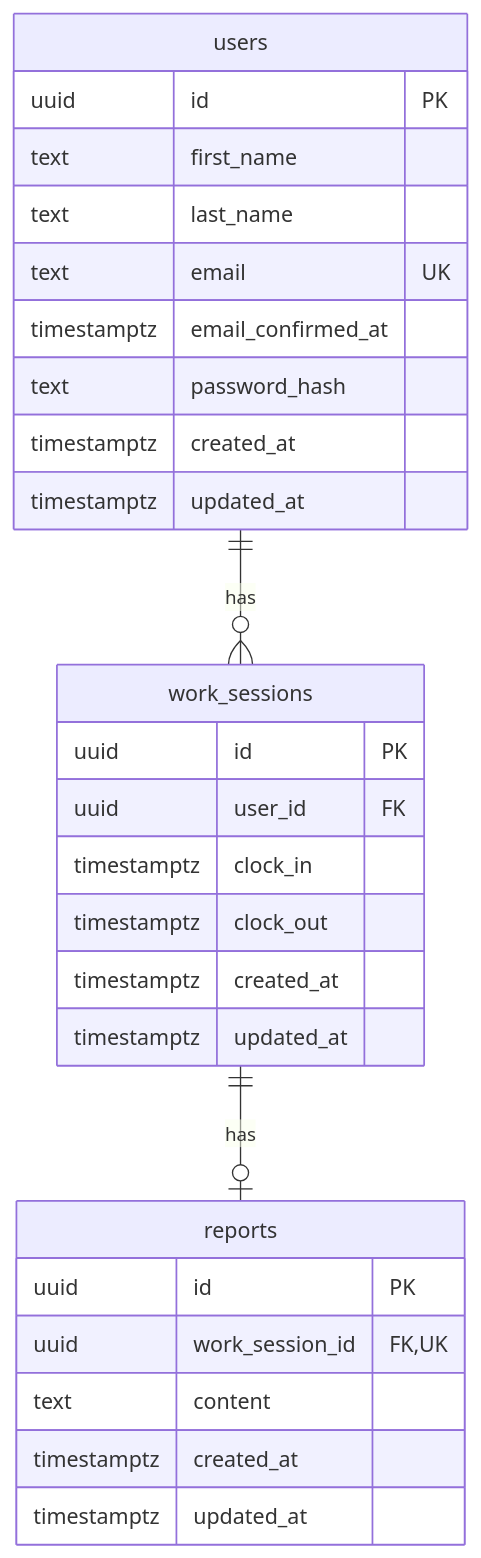
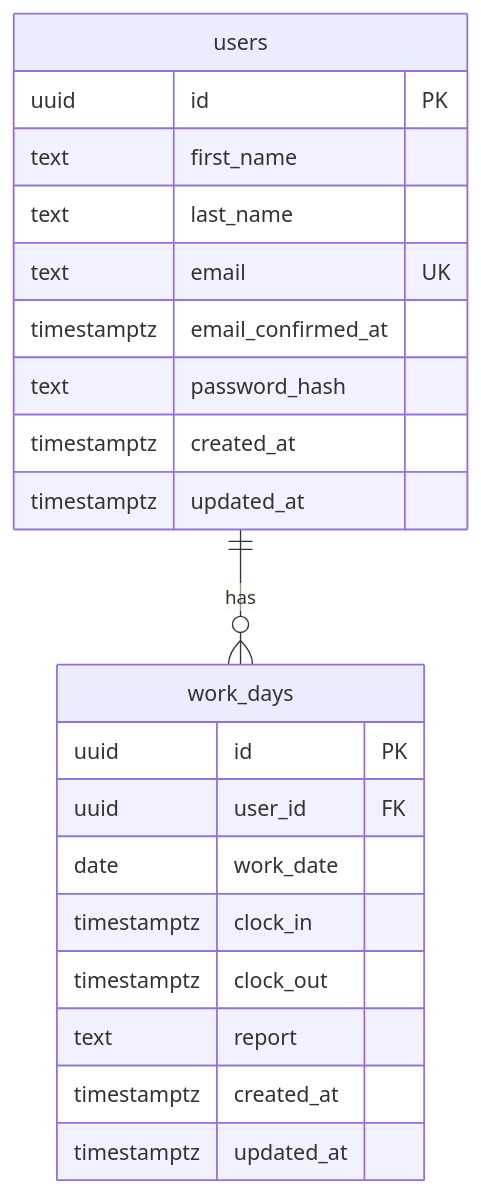
The diagram in docs/data-model.md (gianluca-schulz/apprentice-clock), drawn with Mermaid before and after one commit. The commit also changed other lines of this file, not shown here.

Commit message:
docs(data-model): replace reports with a single work_days table

````diff
--- a/docs/data-model.md
+++ b/docs/data-model.md
@@ -114,30 +94,24 @@
 ```mermaid
 erDiagram
-    users ||--o{ work_sessions : "has"
-    work_sessions ||--o| reports : "has"
+    users ||--o{ work_days : "has"
     users {
         uuid id PK
         text first_name
         text last_name
         text email UK
         timestamptz email_confirmed_at
         text password_hash
         timestamptz created_at
         timestamptz updated_at
     }
-    work_sessions {
+    work_days {
         uuid id PK
         uuid user_id FK
+        date work_date
         timestamptz clock_in
         timestamptz clock_out
-        timestamptz created_at
-        timestamptz updated_at
-    }
-    reports {
-        uuid id PK
-        uuid work_session_id FK, UK
-        text content
+        text report
         timestamptz created_at
         timestamptz updated_at
     }
 ```
````
